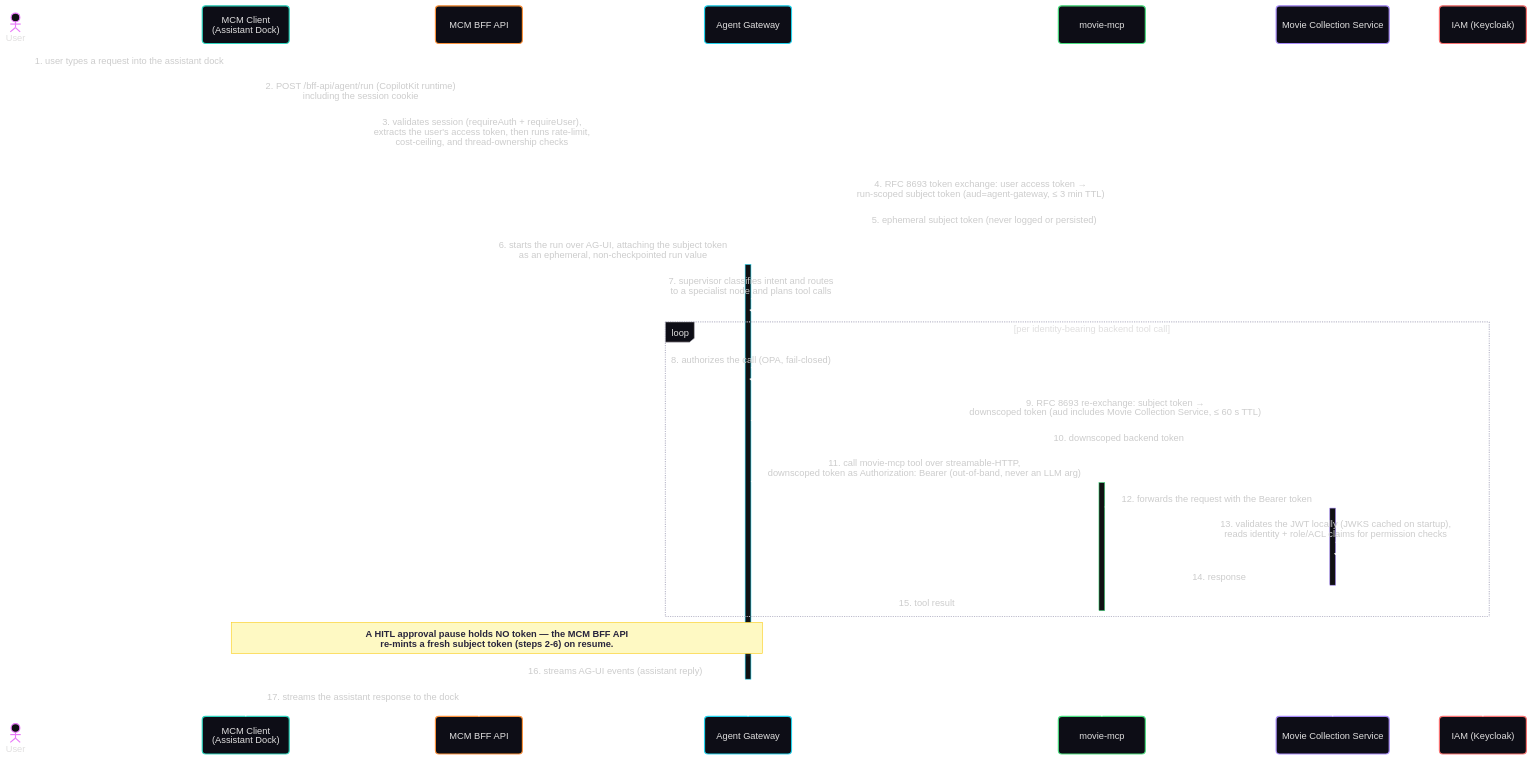
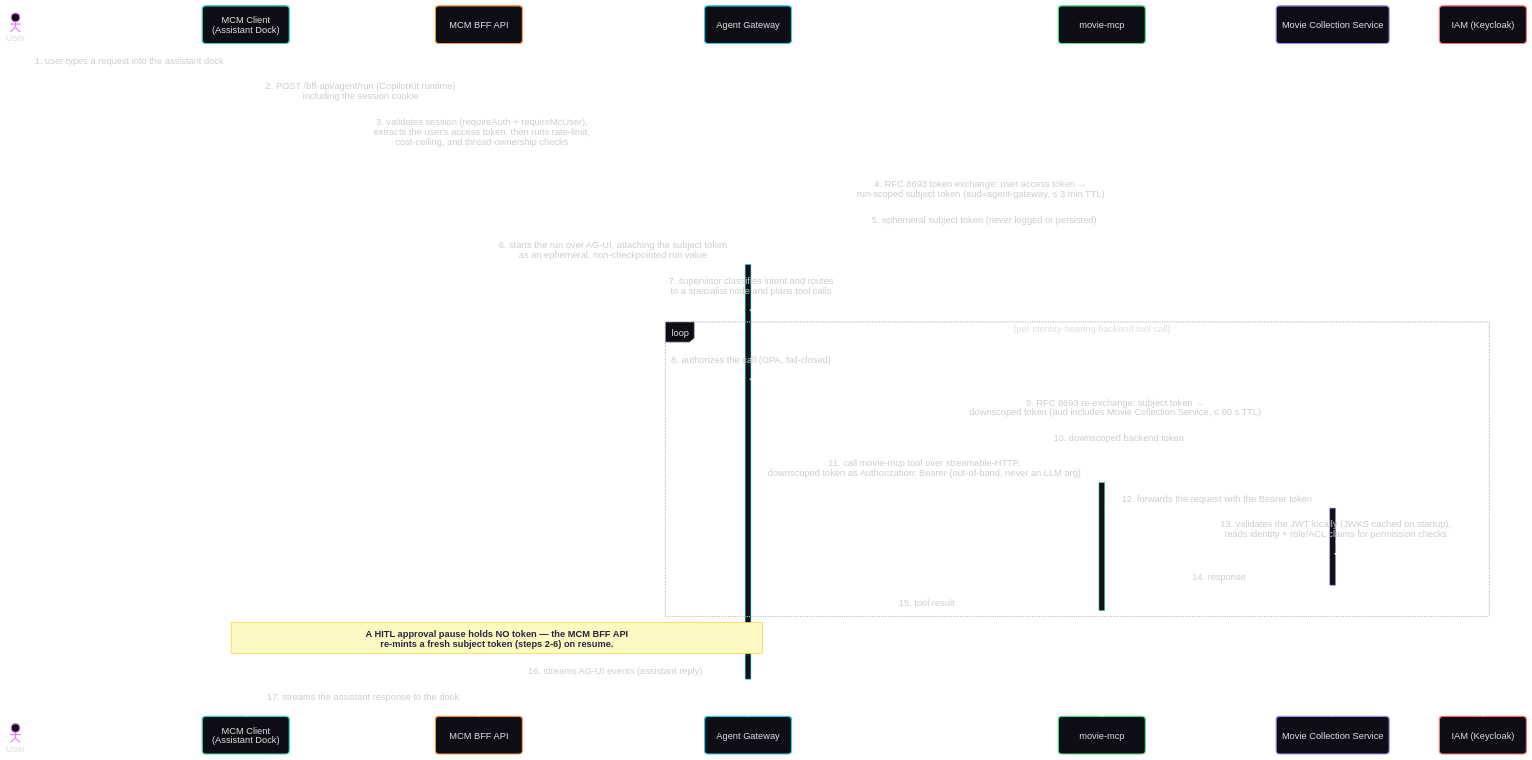
Before and after one commit to jumbleknot/MovieCollectionManager: the fifth of 5 diagrams in docs/MCM-Architecture.md, drawn with Mermaid. The commit also changed other lines of this file and 1 other file, not shown here.

Commit message:
auth flow updates

````diff
--- a/docs/MCM-Architecture.md
+++ b/docs/MCM-Architecture.md
@@ -494,43 +494,43 @@
 ```mermaid
 ---
 config:
   theme: redux-dark-color
   look: neo
 ---
 sequenceDiagram
   actor User
   participant Client as MCM Client<br/>(Assistant Dock)
   participant BFF as MCM BFF API
   participant Gateway as Agent Gateway
   participant MCP as movie-mcp
   participant Backend as Movie Collection Service
   participant IAM as IAM (Keycloak)
 
   User->>Client: 1. user types a request into the assistant dock
   Client->>BFF: 2. POST /bff-api/agent/run (CopilotKit runtime)<br/>including the session cookie
   activate BFF
-  BFF->>BFF: 3. validates session (requireAuth + requireUser),<br/>extracts the user's access token, then runs rate-limit,<br/>cost-ceiling, and thread-ownership checks
+  BFF->>BFF: 3. validates session (requireAuth + requireMcUser),<br/>extracts the user's access token, then runs rate-limit,<br/>cost-ceiling, and thread-ownership checks
   BFF->>IAM: 4. RFC 8693 token exchange: user access token →<br/>run-scoped subject token (aud=agent-gateway, ≤ 3 min TTL)
   IAM-->>BFF: 5. ephemeral subject token (never logged or persisted)
   BFF->>Gateway: 6. starts the run over AG-UI, attaching the subject token<br/>as an ephemeral, non-checkpointed run value
   activate Gateway
   Gateway->>Gateway: 7. supervisor classifies intent and routes<br/>to a specialist node and plans tool calls
   loop per identity-bearing backend tool call
     Gateway->>Gateway: 8. authorizes the call (OPA, fail-closed)
     Gateway->>IAM: 9. RFC 8693 re-exchange: subject token →<br/>downscoped token (aud includes Movie Collection Service, ≤ 60 s TTL)
     IAM-->>Gateway: 10. downscoped backend token
     Gateway->>MCP: 11. call movie-mcp tool over streamable-HTTP,<br/>downscoped token as Authorization: Bearer (out-of-band, never an LLM arg)
     activate MCP
     MCP->>Backend: 12. forwards the request with the Bearer token
     activate Backend
     Backend->>Backend: 13. validates the JWT locally (JWKS cached on startup),<br/>reads identity + role/ACL claims for permission checks
     Backend-->>MCP: 14. response
     deactivate Backend
     MCP-->>Gateway: 15. tool result
     deactivate MCP
   end
   Note over Client,Gateway: A HITL approval pause holds NO token — the MCM BFF API<br/>re-mints a fresh subject token (steps 2-6) on resume.
   Gateway-->>BFF: 16. streams AG-UI events (assistant reply)
   deactivate Gateway
   BFF-->>Client: 17. streams the assistant response to the dock
 ```
````
